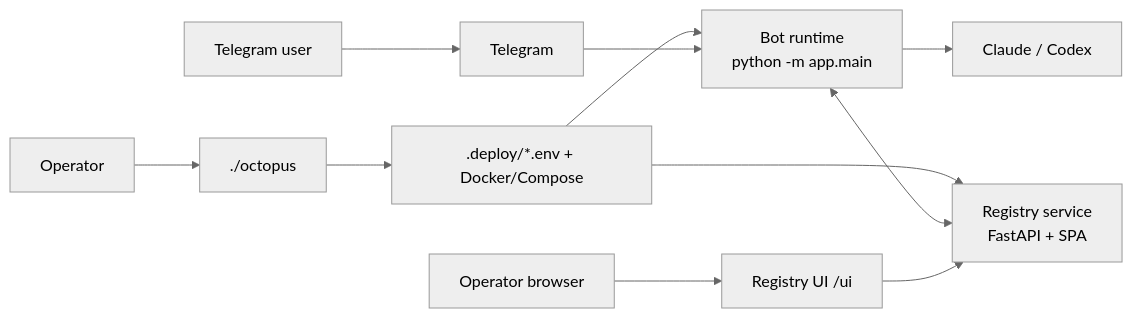
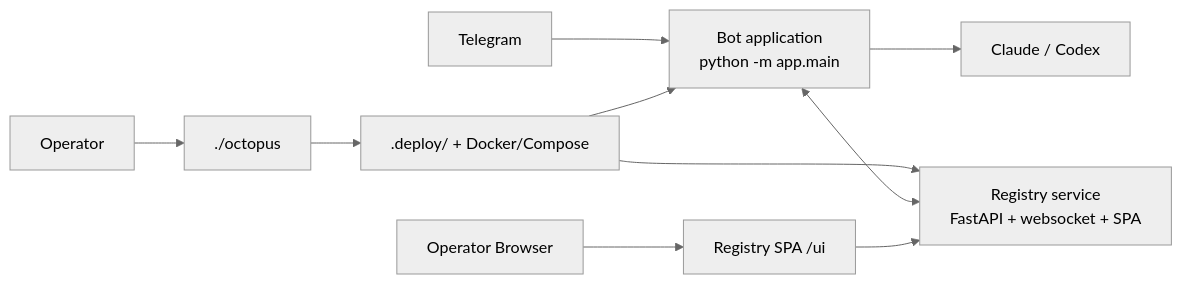
The first of 4 diagrams in ARCHITECTURE.md (privacynow/octopus), drawn with Mermaid (neutral theme) before and after one commit. The commit also changed other lines of this file, not shown here.

````diff
--- a/ARCHITECTURE.md
+++ b/ARCHITECTURE.md
@@ -17,15 +18,14 @@
 ```mermaid
 flowchart LR
     Operator["Operator"] --> CLI["./octopus"]
-    User["Telegram user"] --> TG["Telegram"]
-    Browser["Operator browser"] --> UI["Registry UI /ui"]
+    Browser["Operator Browser"] --> UI["Registry SPA /ui"]
+    Telegram["Telegram"] --> Bot["Bot application<br/>python -m app.main"]
 
-    CLI --> Deploy[".deploy/*.env + Docker/Compose"]
-    Deploy --> Bot["Bot runtime<br/>python -m app.main"]
-    Deploy --> Registry["Registry service<br/>FastAPI + SPA"]
+    CLI --> Deploy[".deploy/ + Docker/Compose"]
+    Deploy --> Bot
+    Deploy --> Registry["Registry service<br/>FastAPI + websocket + SPA"]
 
-    TG --> Bot
     Bot --> Provider["Claude / Codex"]
     Bot <--> Registry
     UI --> Registry
 ```
````
